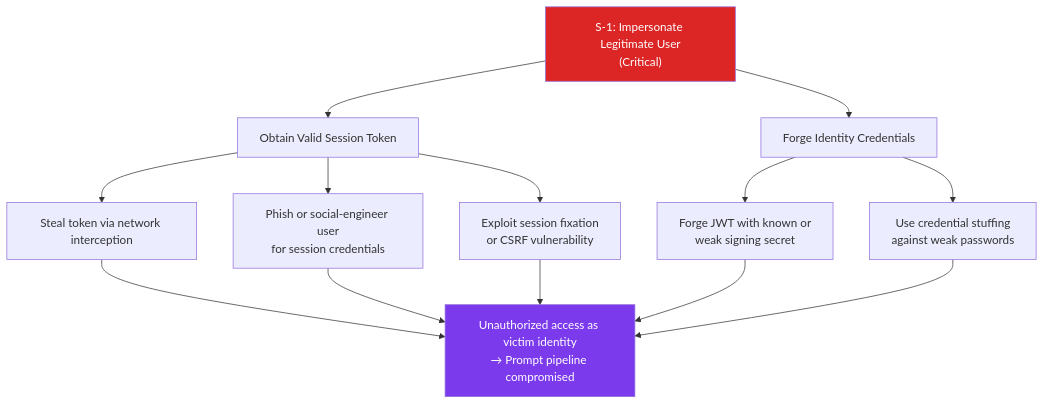
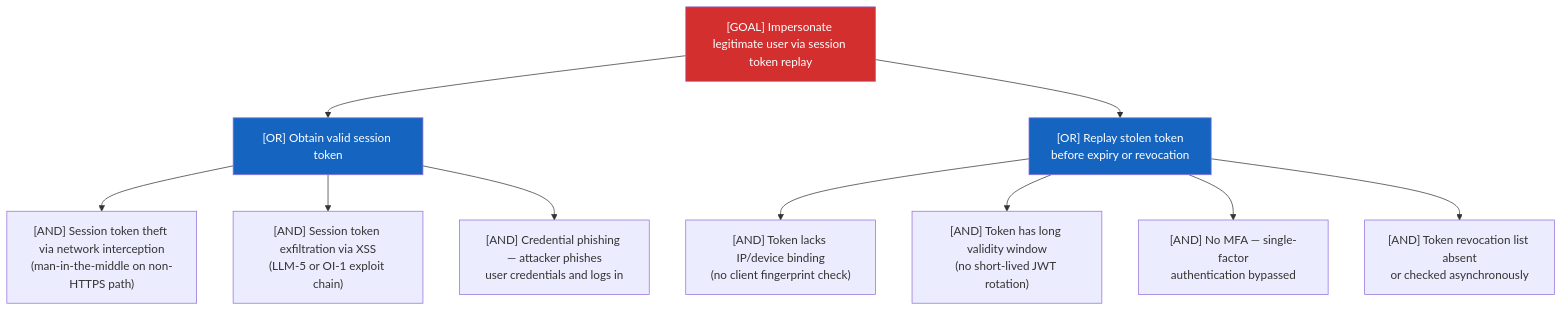
The first of 8 diagrams in examples/agentic-app/sample-report/threat-report.md (q-qp-p/davidmatousek-tachi), drawn with Mermaid before and after one commit. The commit also changed other lines of this file and 132 other files, not shown here.

````diff
--- a/examples/agentic-app/sample-report/threat-report.md
+++ b/examples/agentic-app/sample-report/threat-report.md
@@ -352,19 +152,18 @@
 ```mermaid
 graph TD
-    S1_root["S-1: Impersonate Legitimate User\n(Critical)"]:::critical
-    S1_root --> S1_a["Obtain Valid Session Token"]
-    S1_root --> S1_b["Forge Identity Credentials"]
-    S1_a --> S1_a1["Steal token via network interception"]
-    S1_a --> S1_a2["Phish or social-engineer user\nfor session credentials"]
-    S1_a --> S1_a3["Exploit session fixation\nor CSRF vulnerability"]
-    S1_b --> S1_b1["Forge JWT with known or\nweak signing secret"]
-    S1_b --> S1_b2["Use credential stuffing\nagainst weak passwords"]
-    S1_a1 --> S1_impact["Unauthorized access as victim identity\n→ Prompt pipeline compromised"]:::impact
-    S1_a2 --> S1_impact
-    S1_a3 --> S1_impact
-    S1_b1 --> S1_impact
-    S1_b2 --> S1_impact
+    Goal["[GOAL] Impersonate legitimate user via session token replay"]
+    Goal --> A["[OR] Obtain valid session token"]
+    A --> A1["[AND] Session token theft via network interception\n(man-in-the-middle on non-HTTPS path)"]
+    A --> A2["[AND] Session token exfiltration via XSS\n(LLM-5 or OI-1 exploit chain)"]
+    A --> A3["[AND] Credential phishing — attacker phishes\nuser credentials and logs in"]
+    Goal --> B["[OR] Replay stolen token\nbefore expiry or revocation"]
+    B --> B1["[AND] Token lacks IP/device binding\n(no client fingerprint check)"]
+    B --> B2["[AND] Token has long validity window\n(no short-lived JWT rotation)"]
+    B --> B3["[AND] No MFA — single-factor\nauthentication bypassed"]
+    B --> B4["[AND] Token revocation list absent\nor checked asynchronously"]
 
-    classDef critical fill:#DC2626,color:#fff
-    classDef impact fill:#7C3AED,color:#fff
+    classDef critical fill:#d32f2f,color:#fff
+    classDef action fill:#1565c0,color:#fff
+    class Goal critical
+    class A,B action
 ```
````
